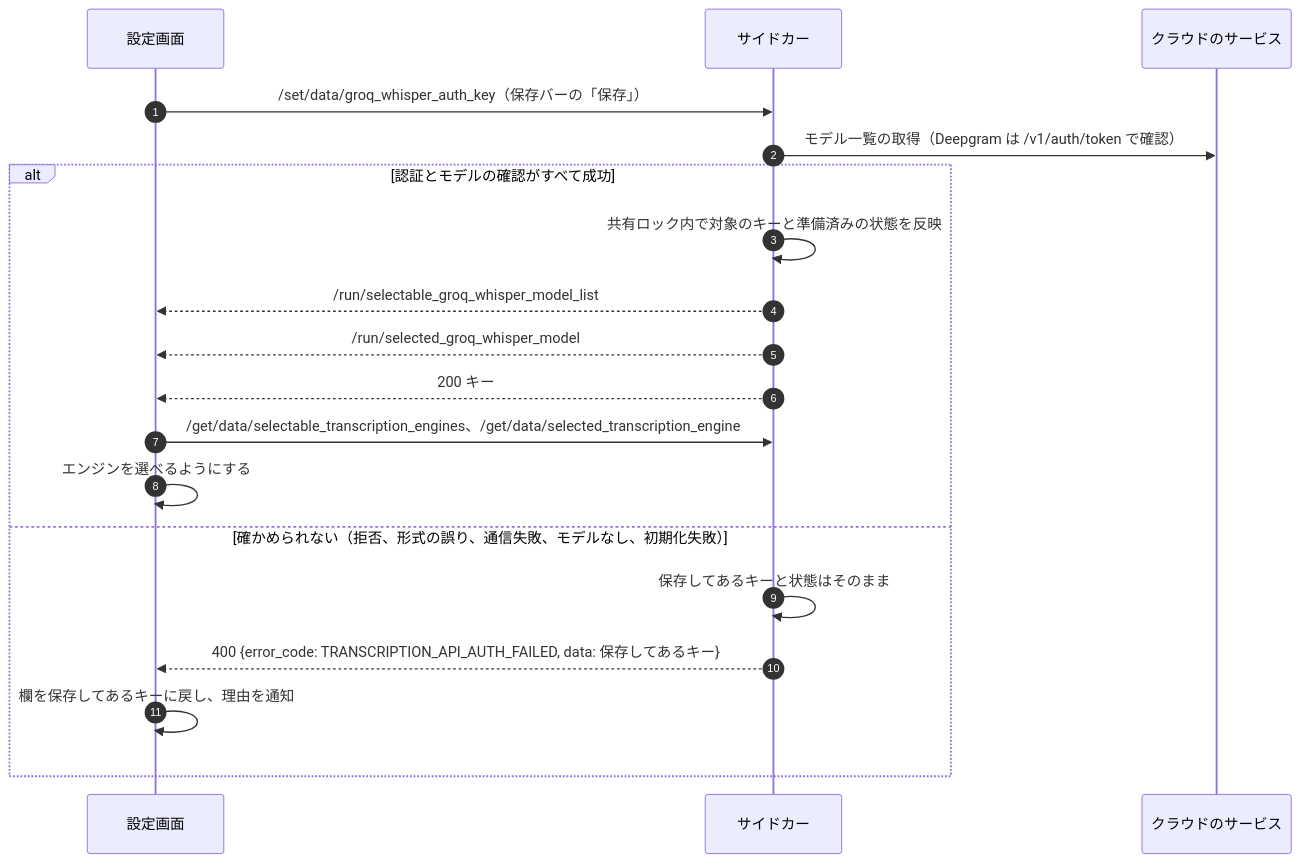
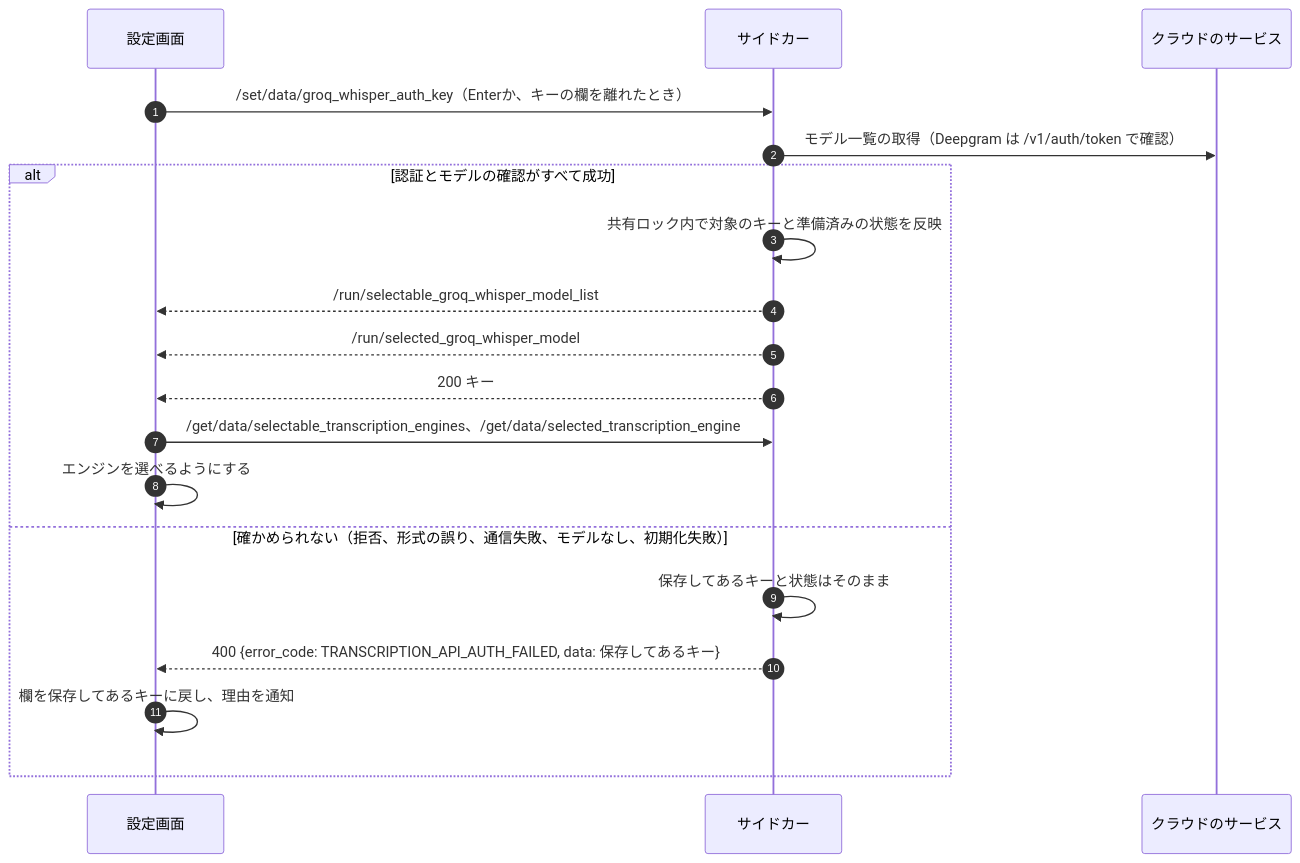
Diagram 14 of 14 in docs/spec/sequences.md (kein5/astarot), drawn with Mermaid before and after one commit. The commit also changed other lines of this file and 10 other files, not shown here.

````diff
--- a/docs/spec/sequences.md
+++ b/docs/spec/sequences.md
@@ -419,21 +419,21 @@
 ```mermaid
 sequenceDiagram
   autonumber
   participant P as 設定画面
   participant S as サイドカー
   participant C as クラウドのサービス
-  P->>S: /set/data/groq_whisper_auth_key（保存バーの「保存」）
+  P->>S: /set/data/groq_whisper_auth_key（Enterか、キーの欄を離れたとき）
   S->>C: モデル一覧の取得（Deepgram は /v1/auth/token で確認）
   alt 認証とモデルの確認がすべて成功
     S->>S: 共有ロック内で対象のキーと準備済みの状態を反映
     S-->>P: /run/selectable_groq_whisper_model_list
     S-->>P: /run/selected_groq_whisper_model
     S-->>P: 200 キー
     P->>S: /get/data/selectable_transcription_engines、/get/data/selected_transcription_engine
     P->>P: エンジンを選べるようにする
   else 確かめられない（拒否、形式の誤り、通信失敗、モデルなし、初期化失敗）
     S->>S: 保存してあるキーと状態はそのまま
     S-->>P: 400 {error_code: TRANSCRIPTION_API_AUTH_FAILED, data: 保存してあるキー}
     P->>P: 欄を保存してあるキーに戻し、理由を通知
   end
 ```
````
